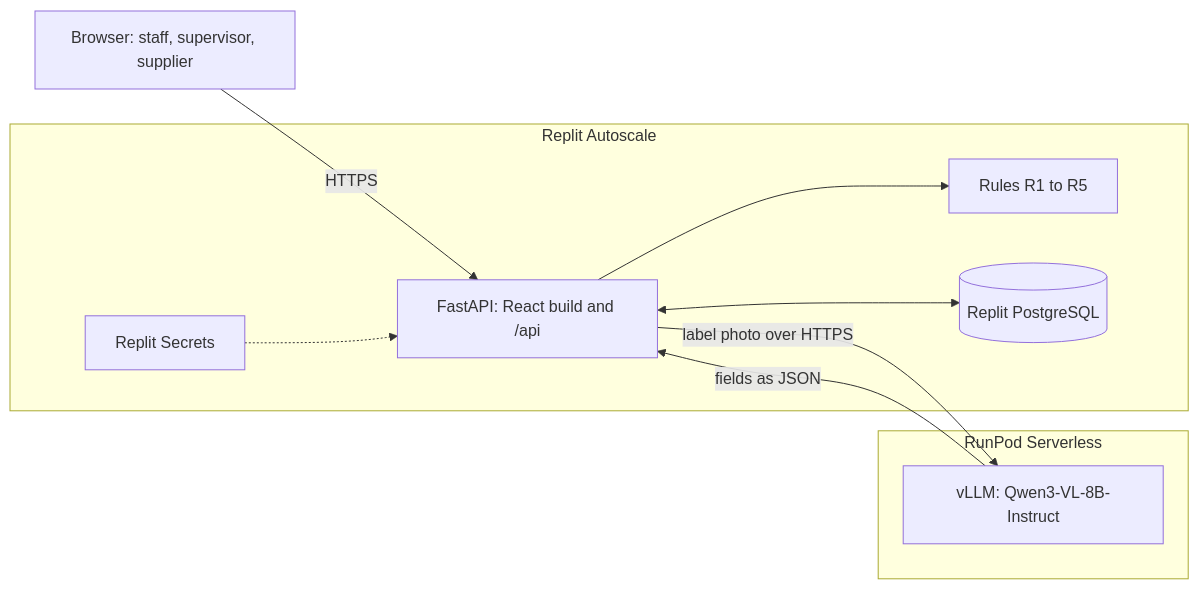
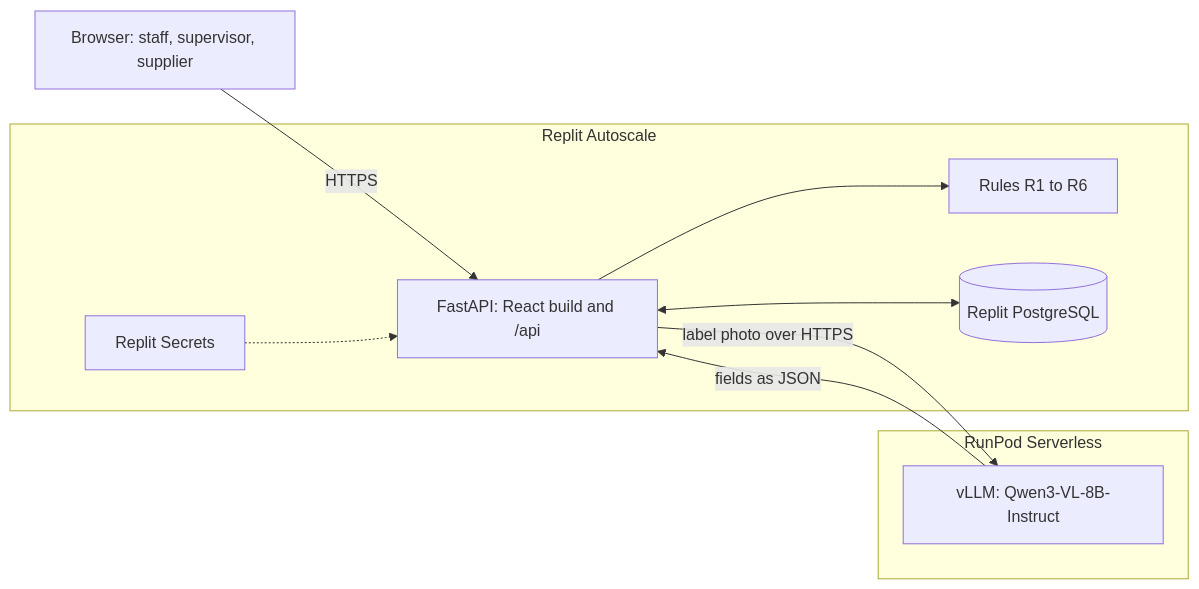
The first of 2 diagrams in docs/architecture.md (deettoh/halal-supplier-control), drawn with Mermaid before and after one commit. The commit also changed other lines of this file and 9 other files, not shown here.

````diff
--- a/docs/architecture.md
+++ b/docs/architecture.md
@@ -7,19 +7,19 @@
 ```mermaid
 flowchart LR
     browser[Browser: staff, supervisor, supplier]
     subgraph replit[Replit Autoscale]
         api[FastAPI: React build and /api]
-        rules[Rules R1 to R5]
+        rules[Rules R1 to R6]
         db[(Replit PostgreSQL)]
         secrets[Replit Secrets]
     end
     subgraph runpod[RunPod Serverless]
         model[vLLM: Qwen3-VL-8B-Instruct]
     end
     browser -->|HTTPS| api
     api --> rules
     api <--> db
     secrets -.-> api
     api -->|label photo over HTTPS| model
     model -->|fields as JSON| api
 ```
````
